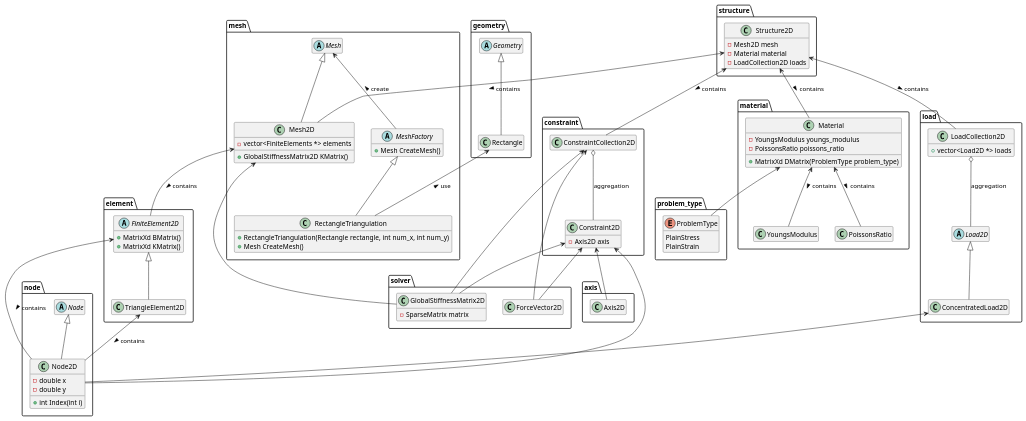
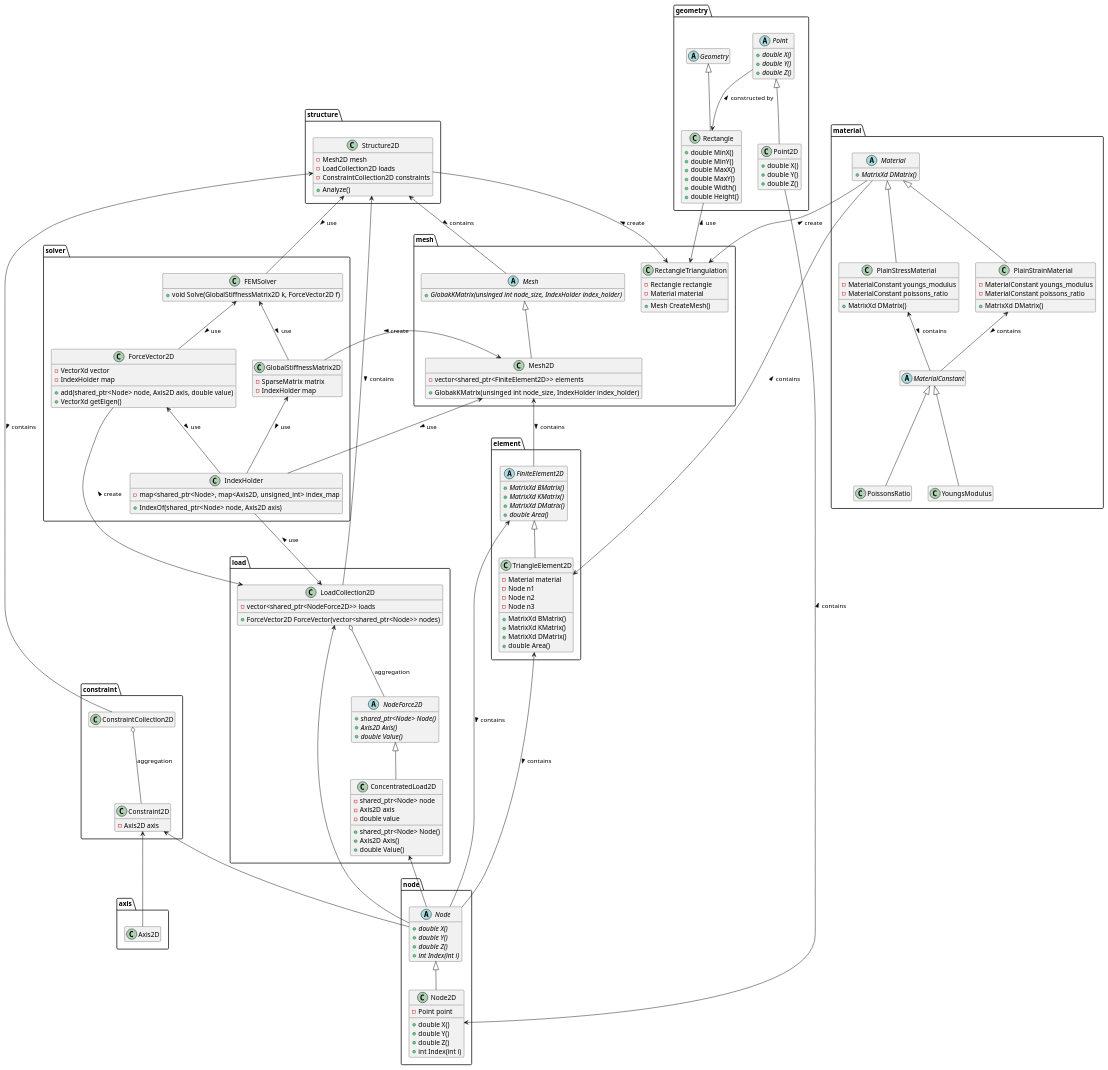
One commit to KotaTsuboi/fem changed the diagram in class_diagram.puml. Above: the diagram before and after it, drawn with PlantUML. The commit also changed 48 other files, not shown here.

```diff
--- a/class_diagram.puml
+++ b/class_diagram.puml
@@ -1,123 +1,188 @@
 @startuml
 
 hide empty members
 
 package structure {
     class Structure2D {
         - Mesh2D mesh
-        - Material material
         - LoadCollection2D loads 
+        - ConstraintCollection2D constraints
+        + Analyze()
     }
 }
 
 package axis {
     class Axis2D
 }
 
 package load {
-    abstract class Load2D
+    abstract class NodeForce2D {
+        + {abstract} shared_ptr<Node> Node()
+        + {abstract} Axis2D Axis()
+        + {abstract} double Value()
+    }
     class LoadCollection2D {
-        + vector<Load2D *> loads
+        + ForceVector2D ForceVector(vector<shared_ptr<Node>> nodes)
+        - vector<shared_ptr<NodeForce2D>> loads
     }
-    class ConcentratedLoad2D extends Load2D
+    class ConcentratedLoad2D extends NodeForce2D {
+        + shared_ptr<Node> Node()
+        + Axis2D Axis()
+        + double Value()
+        - shared_ptr<Node> node 
+        - Axis2D axis
+        - double value
+    }
 }
 
 package constraint {
     class ConstraintCollection2D {
     }
     class Constraint2D {
         - Axis2D axis
     }
 }
 
 package solver {
+    class FEMSolver {
+        + void Solve(GlobalStiffnessMatrix2D k, ForceVector2D f)
+    }
     class GlobalStiffnessMatrix2D {
         - SparseMatrix matrix
+        - IndexHolder map
     }
     class ForceVector2D {
-
+        + add(shared_ptr<Node> node, Axis2D axis, double value)
+        + VectorXd getEigen()
+        - VectorXd vector
+        - IndexHolder map
+    }
+    class IndexHolder {
+        + IndexOf(shared_ptr<Node> node, Axis2D axis)
+        - map<shared_ptr<Node>, map<Axis2D, unsigned_int> index_map
     }
 }
 
 package geometry {
+    abstract class Point {
+        + {abstract} double X()
+        + {abstract} double Y()
+        + {abstract} double Z()
+    }
+    class Point2D extends Point {
+        + double X()
+        + double Y()
+        + double Z()
+    }
     abstract class Geometry {
     }
     class Rectangle extends Geometry {
+        + double MinX()
+        + double MinY()
+        + double MaxX()
+        + double MaxY()
+        + double Width()
+        + double Height()
     }
 }
 
 package mesh {
     abstract class Mesh {
+        + {abstract} GlobakKMatrix(unsinged int node_size, IndexHolder index_holder)
     }
     class Mesh2D extends Mesh {
-        - vector<FiniteElements *> elements
-        + GlobalStiffnessMatrix2D KMatrix()
+        - vector<shared_ptr<FiniteElement2D>> elements
+        + GlobakKMatrix(unsinged int node_size, IndexHolder index_holder)
     }
-    abstract class MeshFactory {
+    class RectangleTriangulation {
         + Mesh CreateMesh()
-    }
-    class RectangleTriangulation extends MeshFactory {
-        + RectangleTriangulation(Rectangle rectangle, int num_x, int num_y)
-        + Mesh CreateMesh()
+        - Rectangle rectangle
+        - Material material
     }
 }
 
 package element {
     abstract class FiniteElement2D {
+        + {abstract} MatrixXd BMatrix()
+        + {abstract} MatrixXd KMatrix()
+        + {abstract} MatrixXd DMatrix()
+        + {abstract} double Area()
+    }
+    class TriangleElement2D extends FiniteElement2D {
         + MatrixXd BMatrix()
         + MatrixXd KMatrix()
+        + MatrixXd DMatrix()
+        + double Area()
+        - Material material
+        - Node n1
+        - Node n2
+        - Node n3
     }
-    class TriangleElement2D extends FiniteElement2D
 }
 
 package material {
-    class Material {
-        - YoungsModulus youngs_modulus
-        - PoissonsRatio poissons_ratio
-        + MatrixXd DMatrix(ProblemType problem_type)
+    abstract class Material {
+        + {abstract} MatrixXd DMatrix()
     }
-    class PoissonsRatio
-    class YoungsModulus
+    class PlainStressMaterial extends Material {
+        - MaterialConstant youngs_modulus
+        - MaterialConstant poissons_ratio
+        + MatrixXd DMatrix()
+    }
+    class PlainStrainMaterial extends Material {
+        - MaterialConstant youngs_modulus
+        - MaterialConstant poissons_ratio
+        + MatrixXd DMatrix()
+    }
+    abstract class MaterialConstant
+    class PoissonsRatio extends MaterialConstant
+    class YoungsModulus extends MaterialConstant
 }
 
 package node {
     abstract class Node {
+        + {abstract} double X()
+        + {abstract} double Y()
+        + {abstract} double Z()
+        + {abstract} int Index(int i)
     }
     class Node2D extends Node {
-        - double x
-        - double y
+        - Point point 
+        + double X()
+        + double Y()
+        + double Z()
         + int Index(int i)
     }
 }
 
-package problem_type {
-    enum ProblemType {
-        PlainStress
-        PlainStrain
-    }
-}
-
 ConstraintCollection2D o-- Constraint2D : aggregation
-ConstraintCollection2D <-- ForceVector2D
-ConstraintCollection2D <-- GlobalStiffnessMatrix2D 
 Constraint2D <-- Axis2D
-Constraint2D <-- ForceVector2D
-Constraint2D <-- GlobalStiffnessMatrix2D
-Constraint2D <-- Node2D
-Structure2D <-- Mesh2D : contains >
-Structure2D <-- Material : contains >
+Constraint2D <-- Node
+Structure2D <-- Mesh : contains >
 Structure2D <-- ConstraintCollection2D : contains >
-LoadCollection2D o-- Load2D : aggregation
+LoadCollection2D o-- NodeForce2D : aggregation
 Structure2D <-- LoadCollection2D : contains >
-Mesh <-- MeshFactory : < create
-Mesh2D <-- GlobalStiffnessMatrix2D
+ForceVector2D --> LoadCollection2D : < create
+IndexHolder --> LoadCollection2D : < use
+Material --> RectangleTriangulation : < create
+Structure2D --> RectangleTriangulation : < create
+Mesh2D <-- GlobalStiffnessMatrix2D : create >
+Mesh2D <-- IndexHolder : use >
 Mesh2D <-- FiniteElement2D : contains >
-Rectangle <-- RectangleTriangulation : < use
-FiniteElement2D <-- Node2D : contains >
-TriangleElement2D <-- Node2D : contains >
-Material <-- PoissonsRatio : contains >
-Material <-- YoungsModulus : contains >
-Material <-- ProblemType
-ConcentratedLoad2D <-- Node2D
+Point2D --> Node2D : < contains
+Rectangle --> RectangleTriangulation : < use
+Point --> Rectangle : < constructed by
+FiniteElement2D <-- Node : contains >
+TriangleElement2D <-- Node : contains >
+TriangleElement2D <-- Material : contains >
+PlainStrainMaterial <-- MaterialConstant : contains >
+PlainStressMaterial <-- MaterialConstant : contains >
+LoadCollection2D <-- Node
+ConcentratedLoad2D <-- Node
+FEMSolver --> Structure2D : < use
+FEMSolver <-- ForceVector2D : use >
+FEMSolver <-- GlobalStiffnessMatrix2D : use >
+ForceVector2D <-- IndexHolder : use >
+GlobalStiffnessMatrix2D <-- IndexHolder : use >
 
 @enduml
```
